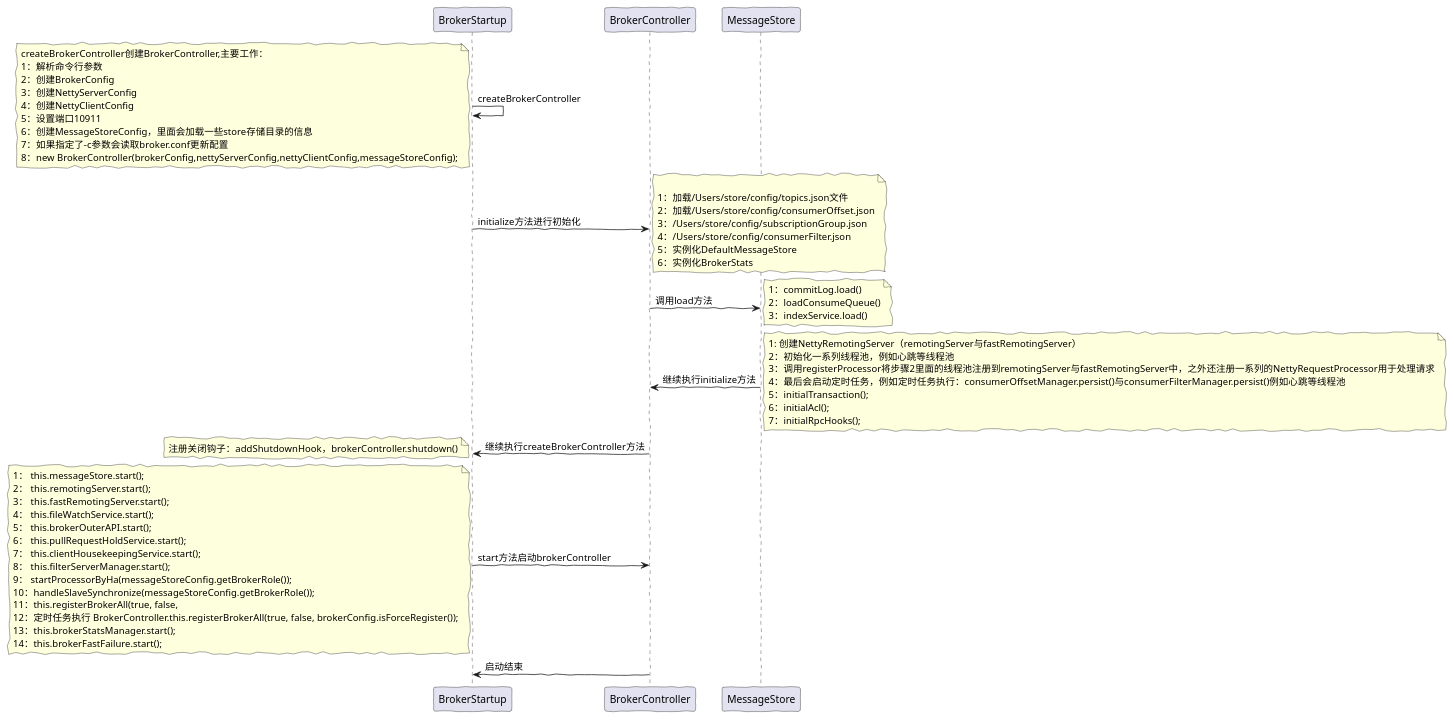
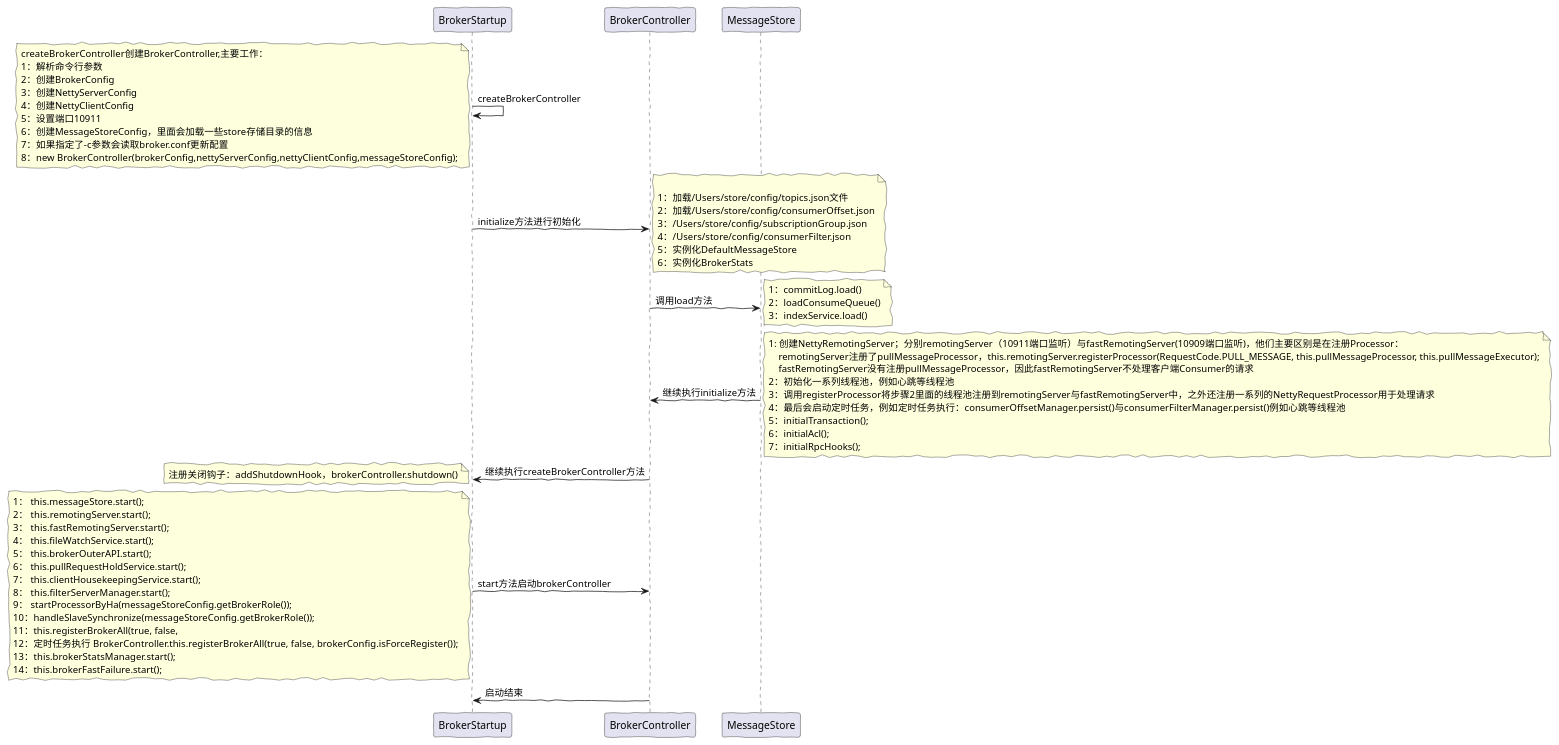
Before and after one commit to javartisan/rocketmq: the diagram in broker/uml/broker.puml, drawn with PlantUML. The commit also changed 3 other files, not shown here.

Commit message:
BrokerController remoteServer vs fastRemoteServer diff

```diff
--- a/broker/uml/broker.puml
+++ b/broker/uml/broker.puml
@@ -1,72 +1,74 @@
 @startuml
 'https://plantuml.com/sequence-diagram
 
 skinparam handwritten true
 
 BrokerStartup -> BrokerStartup : createBrokerController
 note left
 createBrokerController创建BrokerController,主要工作：
 1：解析命令行参数
 2：创建BrokerConfig
 3：创建NettyServerConfig
 4：创建NettyClientConfig
 5：设置端口10911
 6：创建MessageStoreConfig，里面会加载一些store存储目录的信息
 7：如果指定了-c参数会读取broker.conf更新配置
 8：new BrokerController(brokerConfig,nettyServerConfig,nettyClientConfig,messageStoreConfig);
 end note
 BrokerStartup -> BrokerController :initialize方法进行初始化
 note right
 
 1：加载/Users/store/config/topics.json文件
 2：加载/Users/store/config/consumerOffset.json
 3：/Users/store/config/subscriptionGroup.json
 4：/Users/store/config/consumerFilter.json
 5：实例化DefaultMessageStore
 6：实例化BrokerStats
 end note
 
 BrokerController -> MessageStore : 调用load方法
 note right
 1：commitLog.load()
 2：loadConsumeQueue()
 3：indexService.load()
 end note
 
 MessageStore -> BrokerController :继续执行initialize方法
 note  right
-1: 创建NettyRemotingServer（remotingServer与fastRemotingServer）
+1: 创建NettyRemotingServer；分别remotingServer（10911端口监听）与fastRemotingServer(10909端口监听)，他们主要区别是在注册Processor：
+    remotingServer注册了pullMessageProcessor，this.remotingServer.registerProcessor(RequestCode.PULL_MESSAGE, this.pullMessageProcessor, this.pullMessageExecutor);
+    fastRemotingServer没有注册pullMessageProcessor，因此fastRemotingServer不处理客户端Consumer的请求
 2：初始化一系列线程池，例如心跳等线程池
 3：调用registerProcessor将步骤2里面的线程池注册到remotingServer与fastRemotingServer中，之外还注册一系列的NettyRequestProcessor用于处理请求
 4：最后会启动定时任务，例如定时任务执行：consumerOffsetManager.persist()与consumerFilterManager.persist()例如心跳等线程池
 5：initialTransaction();
 6：initialAcl();
 7：initialRpcHooks();
 end note
 
 BrokerController -> BrokerStartup: 继续执行createBrokerController方法
 note left
 注册关闭钩子：addShutdownHook，brokerController.shutdown()
 end note
 
 
 BrokerStartup -> BrokerController : start方法启动brokerController
 note left
 1： this.messageStore.start();
 2： this.remotingServer.start();
 3： this.fastRemotingServer.start();
 4： this.fileWatchService.start();
 5： this.brokerOuterAPI.start();
 6： this.pullRequestHoldService.start();
 7： this.clientHousekeepingService.start();
 8： this.filterServerManager.start();
 9： startProcessorByHa(messageStoreConfig.getBrokerRole());
 10：handleSlaveSynchronize(messageStoreConfig.getBrokerRole());
 11：this.registerBrokerAll(true, false,
 12：定时任务执行 BrokerController.this.registerBrokerAll(true, false, brokerConfig.isForceRegister());
 13：this.brokerStatsManager.start();
 14：this.brokerFastFailure.start();
 end note
 
 BrokerController -> BrokerStartup: 启动结束
 @enduml
```
